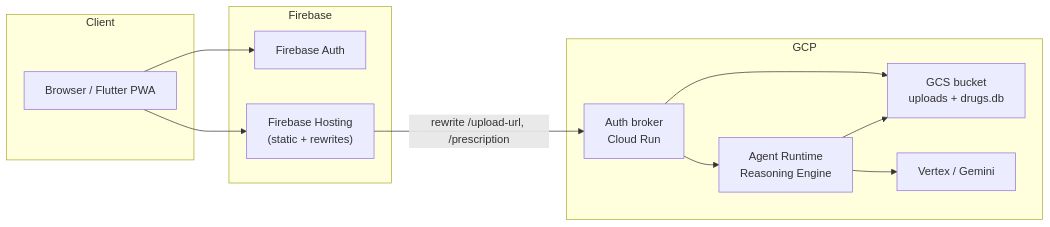
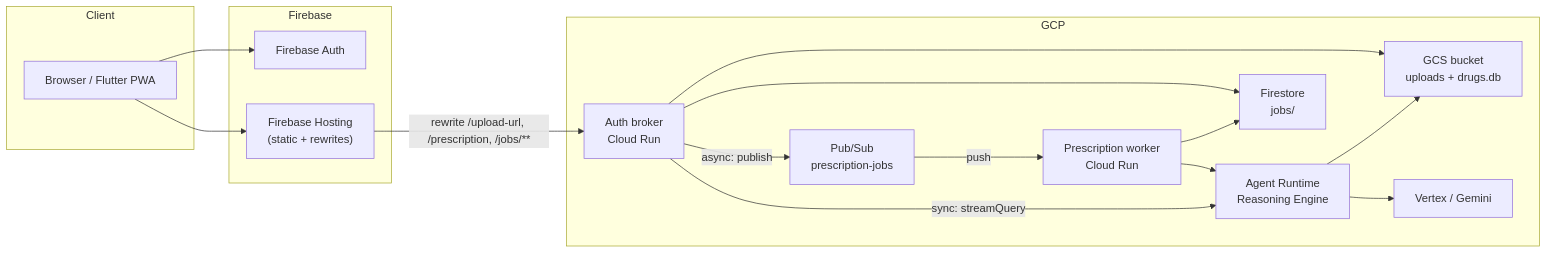
One commit to dwivedialok/medication-companion changed the diagram in docs/smoke_test_cheatsheet.md. Above: the diagram before and after it, drawn with Mermaid. The commit also changed other lines of this file and 36 other files, not shown here.

````diff
--- a/docs/smoke_test_cheatsheet.md
+++ b/docs/smoke_test_cheatsheet.md
@@ -80,26 +96,34 @@
 ```mermaid
 flowchart LR
   subgraph client["Client"]
     Browser["Browser / Flutter PWA"]
   end
 
   subgraph firebase["Firebase"]
     Auth["Firebase Auth"]
     Host["Firebase Hosting\n(static + rewrites)"]
   end
 
   subgraph gcp["GCP"]
     Broker["Auth broker\nCloud Run"]
+    Worker["Prescription worker\nCloud Run"]
+    PS["Pub/Sub\nprescription-jobs"]
+    FS["Firestore\njobs/"]
     GCS["GCS bucket\nuploads + drugs.db"]
     RT["Agent Runtime\nReasoning Engine"]
     Gemini["Vertex / Gemini"]
   end
 
   Browser --> Auth
   Browser --> Host
-  Host -->|"rewrite /upload-url, /prescription"| Broker
+  Host -->|"rewrite /upload-url, /prescription, /jobs/**"| Broker
   Broker --> GCS
-  Broker --> RT
+  Broker --> FS
+  Broker -->|"async: publish"| PS
+  PS -->|"push"| Worker
+  Worker --> FS
+  Worker --> RT
+  Broker -->|"sync: streamQuery"| RT
   RT --> GCS
   RT --> Gemini
 ```
````
